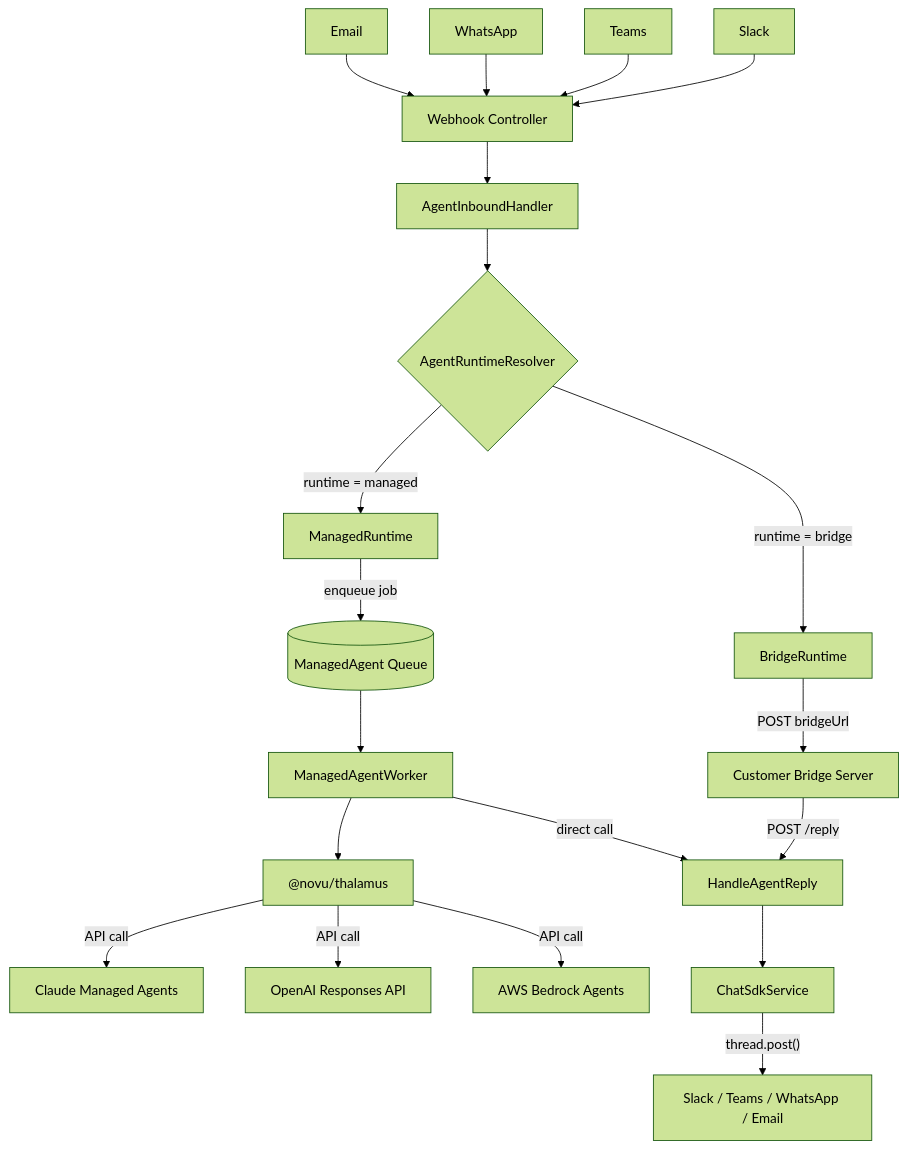
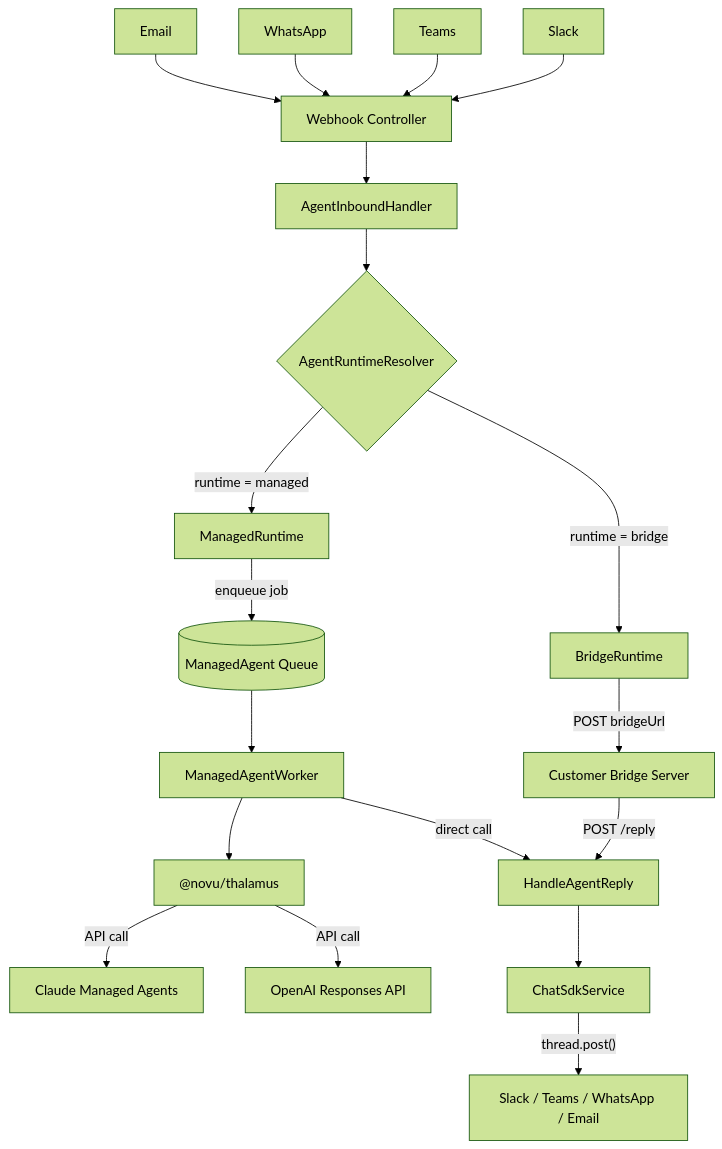
Before and after one commit to novuhq/thalamus: the first of 2 diagrams in docs/2026-05-07-agent-runtimes-design.md, drawn with Mermaid (forest theme). The commit also changed other lines of this file and 10 other files, not shown here.

````diff
--- a/docs/2026-05-07-agent-runtimes-design.md
+++ b/docs/2026-05-07-agent-runtimes-design.md
@@ -456,27 +449,26 @@
 ```mermaid
 graph TB
     SL["Slack"] --> WH
     TM["Teams"] --> WH
     WA["WhatsApp"] --> WH
     EM["Email"] --> WH
 
     WH["Webhook Controller"] --> IH["AgentInboundHandler"]
     IH --> RR{"AgentRuntimeResolver"}
 
     RR -- "runtime = bridge" --> BR["BridgeRuntime"]
     RR -- "runtime = managed" --> MR["ManagedRuntime"]
 
     BR -- "POST bridgeUrl" --> CB["Customer Bridge Server"]
     CB -- "POST /reply" --> HR["HandleAgentReply"]
 
     MR -- "enqueue job" --> MQ[("ManagedAgent Queue")]
     MQ --> MW["ManagedAgentWorker"]
     MW --> PKG["@novu/thalamus"]
     PKG -- "API call" --> CL["Claude Managed Agents"]
     PKG -- "API call" --> OA["OpenAI Responses API"]
-    PKG -- "API call" --> BR2["AWS Bedrock Agents"]
     MW -- "direct call" --> HR
 
     HR --> CS["ChatSdkService"]
     CS -- "thread.post()" --> SL2["Slack / Teams / WhatsApp / Email"]
 ```
````
